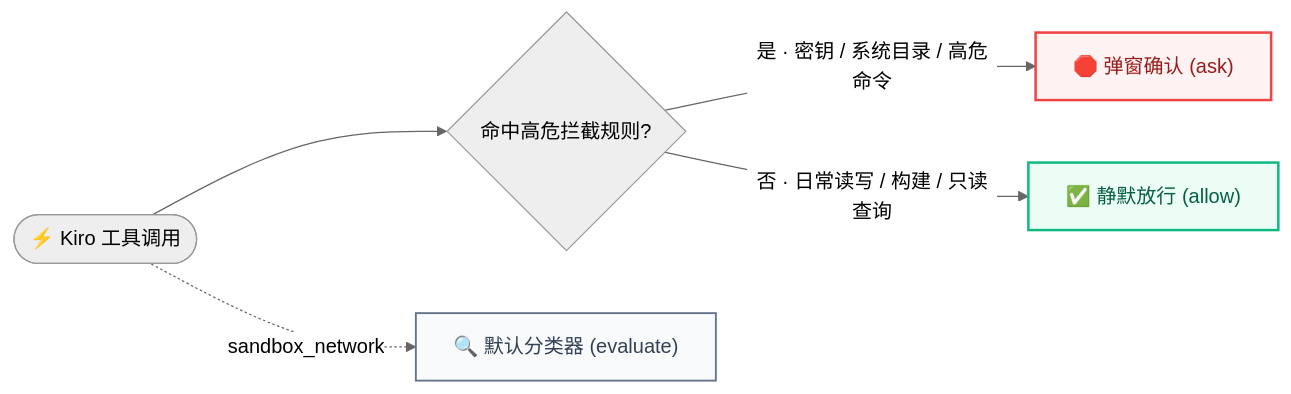
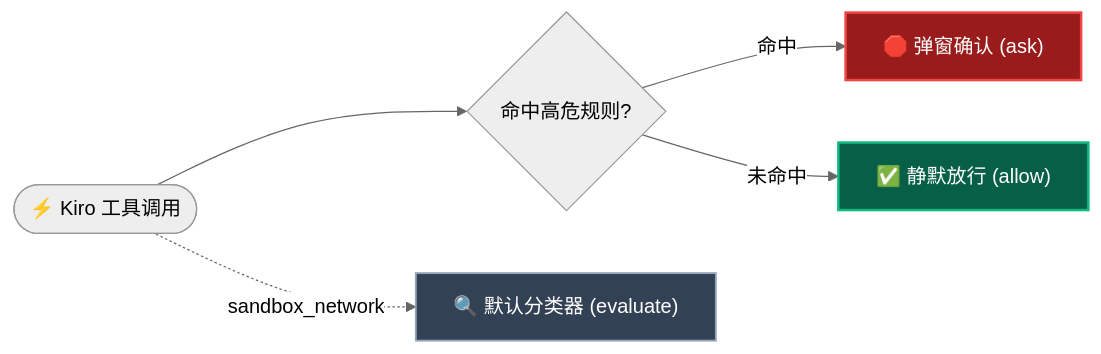
The diagram in README.md (YOIMIYA66/kiro-windows-autonomy), drawn with Mermaid (neutral theme) before and after one commit. The commit also changed other lines of this file and 1 other file, not shown here.

Commit message:
docs: refine dark-mode flowchart, shorten AI prompt, and add command examples

````diff
--- a/README.md
+++ b/README.md
@@ -71,14 +64,14 @@
 ```mermaid
 flowchart LR
-    Call(["⚡ Kiro 工具调用"]) --> Check{"命中高危拦截规则?"}
-    Check -- "是 · 密钥 / 系统目录 / 高危命令" --> Ask["🛑 弹窗确认 (ask)"]
-    Check -- "否 · 日常读写 / 构建 / 只读查询" --> Allow["✅ 静默放行 (allow)"]
+    Call(["⚡ Kiro 工具调用"]) --> Check{"命中高危规则?"}
+    Check -- "命中" --> Ask["🛑 弹窗确认 (ask)"]
+    Check -- "未命中" --> Allow["✅ 静默放行 (allow)"]
     Call -. "sandbox_network" .-> Eval["🔍 默认分类器 (evaluate)"]
 
-    classDef askStyle fill:#fef2f2,stroke:#ef4444,stroke-width:2px,color:#991b1b
-    classDef allowStyle fill:#ecfdf5,stroke:#10b981,stroke-width:2px,color:#065f46
-    classDef evalStyle fill:#f8fafc,stroke:#64748b,stroke-width:1.5px,color:#334155
+    classDef askStyle fill:#991b1b,stroke:#ef4444,stroke-width:2px,color:#ffffff
+    classDef allowStyle fill:#065f46,stroke:#10b981,stroke-width:2px,color:#ffffff
+    classDef evalStyle fill:#334155,stroke:#94a3b8,stroke-width:1.5px,color:#ffffff
     class Ask askStyle
     class Allow allowStyle
     class Eval evalStyle
 ```
````
